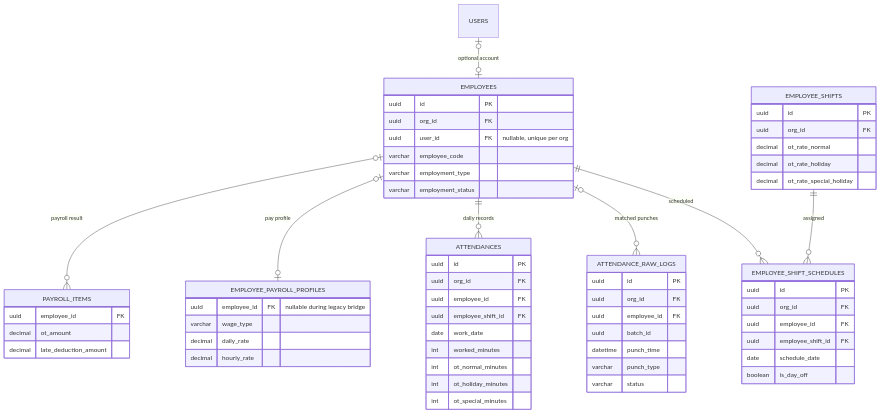
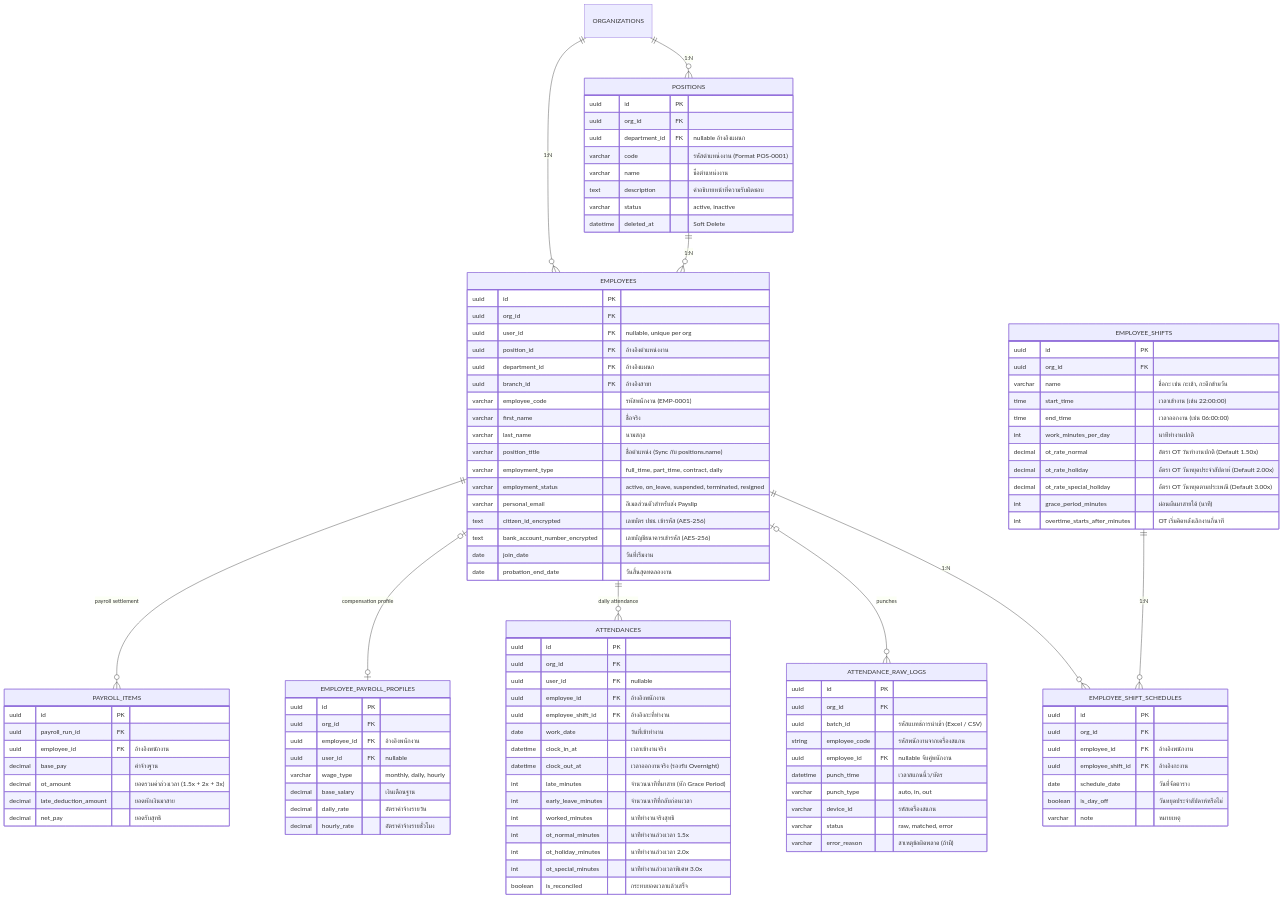
Diagram 19 of 21 in document/DATABASE_ERD.md (anuwatm/ERP), drawn with Mermaid before and after one commit. The commit also changed other lines of this file and 14 other files, not shown here.

Commit message:
update all document and diagram

````diff
--- a/document/DATABASE_ERD.md
+++ b/document/DATABASE_ERD.md
@@ -1385,65 +1387,119 @@
 ```mermaid
 erDiagram
+    POSITIONS {
+        uuid id PK
+        uuid org_id FK
+        uuid department_id FK "nullable อ้างอิงแผนก"
+        varchar code "รหัสตำแหน่งงาน (Format POS-0001)"
+        varchar name "ชื่อตำแหน่งงาน"
+        text description "คำอธิบายหน้าที่ความรับผิดชอบ"
+        varchar status "active, inactive"
+        datetime deleted_at "Soft Delete"
+    }
+
     EMPLOYEES {
         uuid id PK
         uuid org_id FK
         uuid user_id FK "nullable, unique per org"
-        varchar employee_code
-        varchar employment_type
-        varchar employment_status
+        uuid position_id FK "อ้างอิงตำแหน่งงาน"
+        uuid department_id FK "อ้างอิงแผนก"
+        uuid branch_id FK "อ้างอิงสาขา"
+        varchar employee_code "รหัสพนักงาน (EMP-0001)"
+        varchar first_name "ชื่อจริง"
+        varchar last_name "นามสกุล"
+        varchar position_title "ชื่อตำแหน่ง (Sync กับ positions.name)"
+        varchar employment_type "full_time, part_time, contract, daily"
+        varchar employment_status "active, on_leave, suspended, terminated, resigned"
+        varchar personal_email "อีเมลส่วนตัวสำหรับส่ง Payslip"
+        text citizen_id_encrypted "เลขบัตร ปชช. เข้ารหัส (AES-256)"
+        text bank_account_number_encrypted "เลขบัญชีธนาคารเข้ารหัส (AES-256)"
+        date join_date "วันที่เริ่มงาน"
+        date probation_end_date "วันสิ้นสุดทดลองงาน"
     }
+
     EMPLOYEE_SHIFTS {
         uuid id PK
         uuid org_id FK
-        decimal ot_rate_normal
-        decimal ot_rate_holiday
-        decimal ot_rate_special_holiday
+        varchar name "ชื่อกะ เช่น กะเช้า, กะดึกข้ามวัน"
+        time start_time "เวลาเข้างาน (เช่น 22:00:00)"
+        time end_time "เวลาออกงาน (เช่น 06:00:00)"
+        int work_minutes_per_day "นาทีทำงานปกติ"
+        decimal ot_rate_normal "อัตรา OT วันทำงานปกติ (Default 1.50x)"
+        decimal ot_rate_holiday "อัตรา OT วันหยุดประจำสัปดาห์ (Default 2.00x)"
+        decimal ot_rate_special_holiday "อัตรา OT วันหยุดตามประเพณี (Default 3.00x)"
+        int grace_period_minutes "ผ่อนผันมาสายได้ (นาที)"
+        int overtime_starts_after_minutes "OT เริ่มคิดหลังเลิกงานกี่นาที"
     }
+
     EMPLOYEE_SHIFT_SCHEDULES {
         uuid id PK
         uuid org_id FK
-        uuid employee_id FK
-        uuid employee_shift_id FK
-        date schedule_date
-        boolean is_day_off
+        uuid employee_id FK "อ้างอิงพนักงาน"
+        uuid employee_shift_id FK "อ้างอิงกะงาน"
+        date schedule_date "วันที่จัดตาราง"
+        boolean is_day_off "วันหยุดประจำสัปดาห์หรือไม่"
+        varchar note "หมายเหตุ"
     }
+
     ATTENDANCE_RAW_LOGS {
         uuid id PK
         uuid org_id FK
-        uuid employee_id FK
-        uuid batch_id
-        datetime punch_time
-        varchar punch_type
-        varchar status
+        uuid batch_id "รหัสแบทช์การนำเข้า (Excel / CSV)"
+        string employee_code "รหัสพนักงานจากเครื่องสแกน"
+        uuid employee_id FK "nullable จับคู่พนักงาน"
+        datetime punch_time "เวลาสแกนนิ้ว/บัตร"
+        varchar punch_type "auto, in, out"
+        varchar device_id "รหัสเครื่องสแกน"
+        varchar status "raw, matched, error"
+        varchar error_reason "สาเหตุข้อผิดพลาด (ถ้ามี)"
     }
+
     ATTENDANCES {
         uuid id PK
         uuid org_id FK
-        uuid employee_id FK
-        uuid employee_shift_id FK
-        date work_date
-        int worked_minutes
-        int ot_normal_minutes
-        int ot_holiday_minutes
-        int ot_special_minutes
-    }
-    EMPLOYEE_PAYROLL_PROFILES {
-        uuid employee_id FK "nullable during legacy bridge"
-        varchar wage_type
-        decimal daily_rate
-        decimal hourly_rate
-    }
-    PAYROLL_ITEMS {
-        uuid employee_id FK
-        decimal ot_amount
-        decimal late_deduction_amount
+        uuid user_id FK "nullable"
+        uuid employee_id FK "อ้างอิงพนักงาน"
+        uuid employee_shift_id FK "อ้างอิงกะที่ทำงาน"
+        date work_date "วันที่เข้าทำงาน"
+        datetime clock_in_at "เวลาเข้างานจริง"
+        datetime clock_out_at "เวลาออกงานจริง (รองรับ Overnight)"
+        int late_minutes "จำนวนนาทีที่มาสาย (หัก Grace Period)"
+        int early_leave_minutes "จำนวนนาทีที่กลับก่อนเวลา"
+        int worked_minutes "นาทีทำงานจริงสุทธิ"
+        int ot_normal_minutes "นาทีทำงานล่วงเวลา 1.5x"
+        int ot_holiday_minutes "นาทีทำงานล่วงเวลา 2.0x"
+        int ot_special_minutes "นาทีทำงานล่วงเวลาพิเศษ 3.0x"
+        boolean is_reconciled "กระทบยอดเวลาแล้วเสร็จ"
     }
 
-    USERS o|--o| EMPLOYEES : "optional account"
-    EMPLOYEES ||--o{ EMPLOYEE_SHIFT_SCHEDULES : "scheduled"
-    EMPLOYEE_SHIFTS ||--o{ EMPLOYEE_SHIFT_SCHEDULES : "assigned"
-    EMPLOYEES o|--o{ ATTENDANCE_RAW_LOGS : "matched punches"
-    EMPLOYEES ||--o{ ATTENDANCES : "daily records"
-    EMPLOYEES o|--o| EMPLOYEE_PAYROLL_PROFILES : "pay profile"
-    EMPLOYEES o|--o{ PAYROLL_ITEMS : "payroll result"
+    EMPLOYEE_PAYROLL_PROFILES {
+        uuid id PK
+        uuid org_id FK
+        uuid employee_id FK "อ้างอิงพนักงาน"
+        uuid user_id FK "nullable"
+        varchar wage_type "monthly, daily, hourly"
+        decimal base_salary "เงินเดือนฐาน"
+        decimal daily_rate "อัตราค่าจ้างรายวัน"
+        decimal hourly_rate "อัตราค่าจ้างรายชั่วโมง"
+    }
+
+    PAYROLL_ITEMS {
+        uuid id PK
+        uuid payroll_run_id FK
+        uuid employee_id FK "อ้างอิงพนักงาน"
+        decimal base_pay "ค่าจ้างฐาน"
+        decimal ot_amount "ยอดรวมค่าล่วงเวลา (1.5x + 2x + 3x)"
+        decimal late_deduction_amount "ยอดหักเงินมาสาย"
+        decimal net_pay "ยอดรับสุทธิ"
+    }
+
+    ORGANIZATIONS ||--o{ POSITIONS : "1:N"
+    POSITIONS ||--o{ EMPLOYEES : "1:N"
+    ORGANIZATIONS ||--o{ EMPLOYEES : "1:N"
+    EMPLOYEES ||--o{ EMPLOYEE_SHIFT_SCHEDULES : "1:N"
+    EMPLOYEE_SHIFTS ||--o{ EMPLOYEE_SHIFT_SCHEDULES : "1:N"
+    EMPLOYEES o|--o{ ATTENDANCE_RAW_LOGS : "punches"
+    EMPLOYEES ||--o{ ATTENDANCES : "daily attendance"
+    EMPLOYEES o|--o| EMPLOYEE_PAYROLL_PROFILES : "compensation profile"
+    EMPLOYEES ||--o{ PAYROLL_ITEMS : "payroll settlement"
 ```
````
